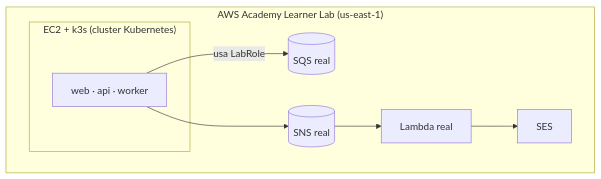
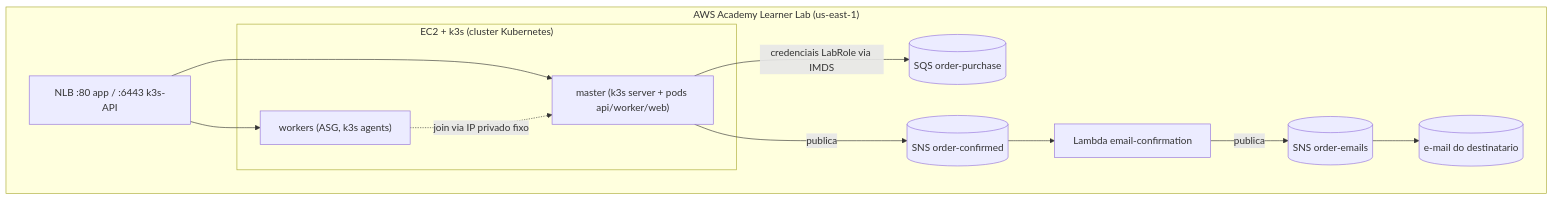
Before and after one commit to JoaoMudar/TrabalhoFinalDistribuido: the fourth of 5 diagrams in docs/artigo/artigo.md, drawn with Mermaid. The commit also changed other lines of this file and 5 other files, not shown here.

````diff
--- a/docs/artigo/artigo.md
+++ b/docs/artigo/artigo.md
@@ -328,16 +330,23 @@
 ```mermaid
 flowchart TB
   subgraph LL["AWS Academy Learner Lab (us-east-1)"]
+    nlb[NLB :80 app / :6443 k3s-API]
     subgraph EC2["EC2 + k3s (cluster Kubernetes)"]
-      pods[web · api · worker]
+      master["master (k3s server + pods api/worker/web)"]
+      workers["workers (ASG, k3s agents)"]
     end
-    sqs[(SQS real)]
-    sns[(SNS real)]
-    lambda[Lambda real]
-    ses[SES]
+    sqs[(SQS order-purchase)]
+    sns1[(SNS order-confirmed)]
+    lambda[Lambda email-confirmation]
+    sns2[(SNS order-emails)]
+    mail[(e-mail do destinatario)]
   end
-  pods -->|usa LabRole| sqs
-  pods --> sns
-  sns --> lambda
-  lambda --> ses
+  nlb --> master
+  nlb --> workers
+  workers -. join via IP privado fixo .-> master
+  master -->|credenciais LabRole via IMDS| sqs
+  master -->|publica| sns1
+  sns1 --> lambda
+  lambda -->|publica| sns2
+  sns2 --> mail
 ```
````
